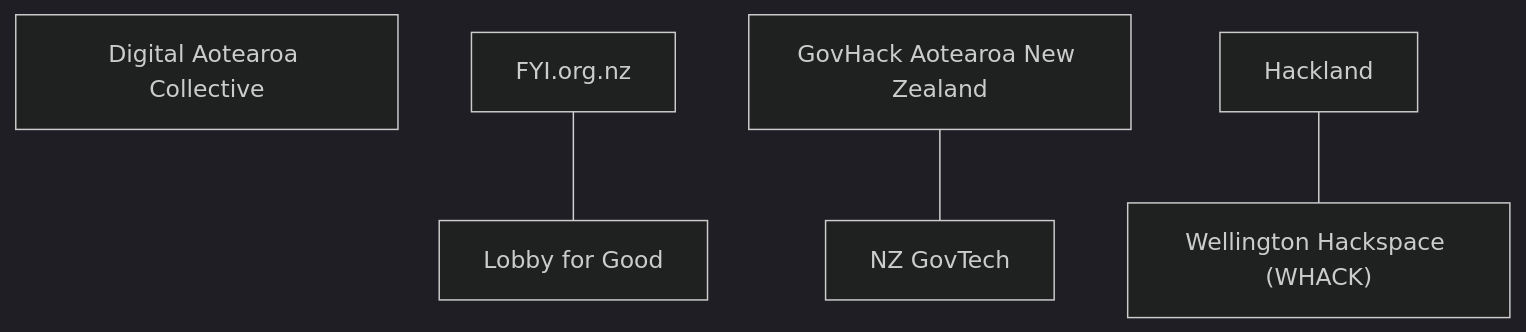
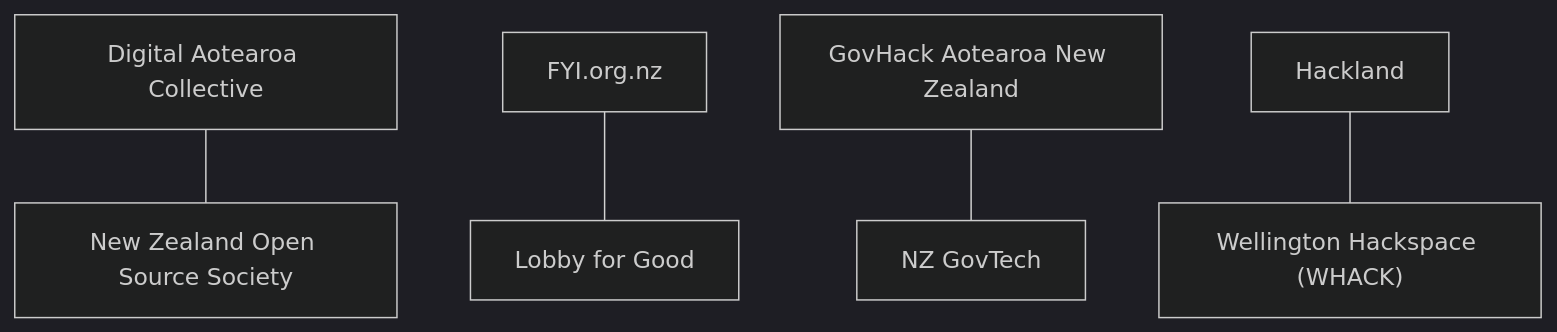
Diagram 13 of 17 in GUIDE.md (olitreadwell/nz-tech-for-good), drawn with Mermaid (dark theme) before and after one commit. The commit also changed other lines of this file and 18 other files, not shown here.

````diff
--- a/GUIDE.md
+++ b/GUIDE.md
@@ -273,13 +273,15 @@
 ```mermaid
 flowchart TD
     n_DigitalAotearoaCollectiv["Digital Aotearoa Collective"]
     n_FYIorgnz["FYI.org.nz"]
     n_GovHackAotearoaNewZealan["GovHack Aotearoa New Zealand"]
     n_Hackland["Hackland"]
     n_LobbyforGood["Lobby for Good"]
+    n_NewZealandOpenSourceSoci["New Zealand Open Source Society"]
     n_NZGovTech["NZ GovTech"]
     n_WellingtonHackspaceWHACK["Wellington Hackspace (WHACK)"]
+    n_DigitalAotearoaCollectiv --- n_NewZealandOpenSourceSoci
     n_FYIorgnz --- n_LobbyforGood
     n_GovHackAotearoaNewZealan --- n_NZGovTech
     n_Hackland --- n_WellingtonHackspaceWHACK
 ```
````
